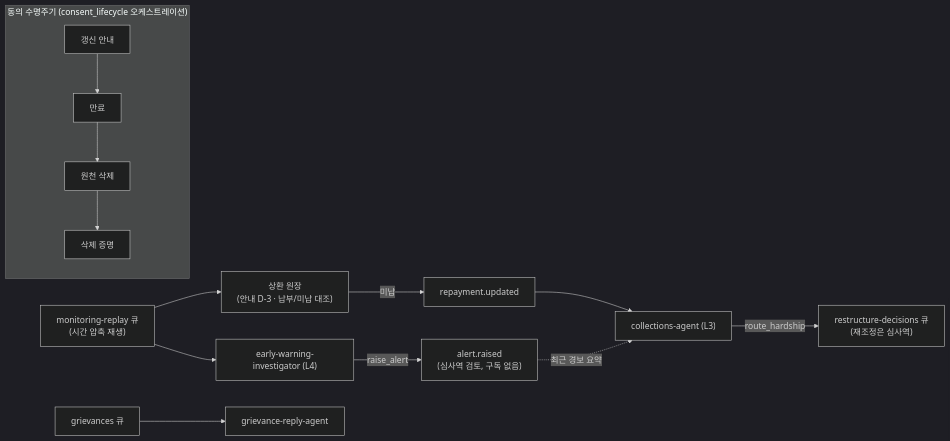
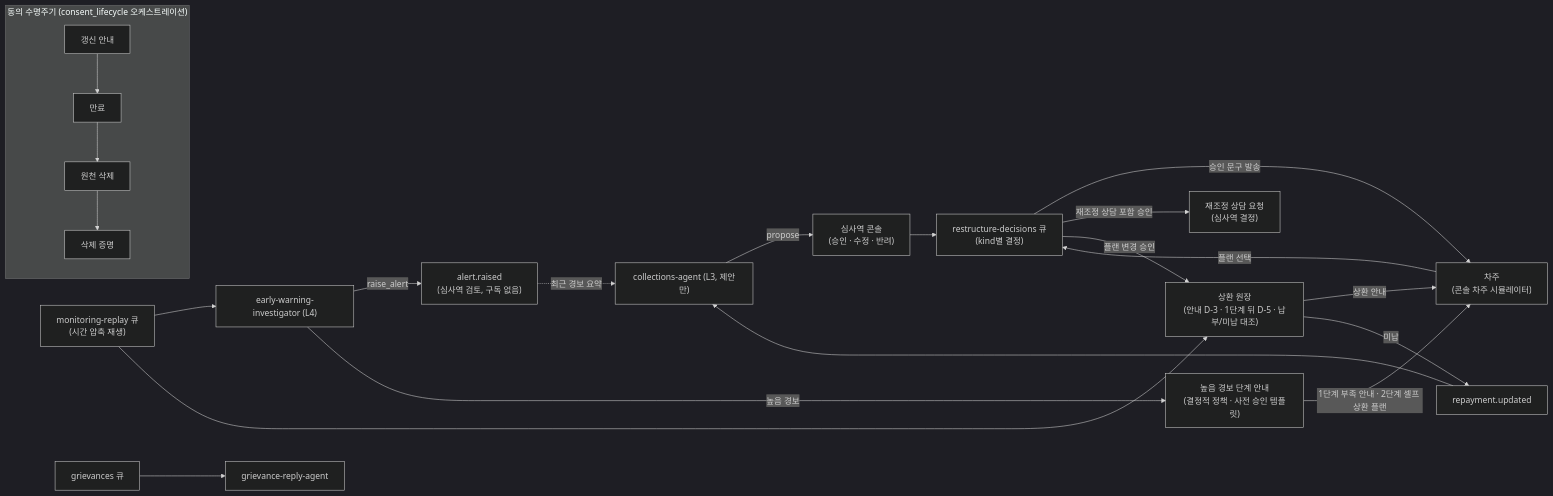
Before and after one commit to freeman9844/ms-ama-04: the fifth of 5 diagrams in docs/architecture.md, drawn with Mermaid (dark theme). The commit also changed other lines of this file and 3 other files, not shown here.

````diff
--- a/docs/architecture.md
+++ b/docs/architecture.md
@@ -191,22 +191,34 @@
 ```mermaid
 flowchart LR
   replay["monitoring-replay 큐<br/>(시간 압축 재생)"]
   ew["early-warning-investigator (L4)"]
   alert["alert.raised<br/>(심사역 검토, 구독 없음)"]
-  ledger["상환 원장<br/>(안내 D-3 · 납부/미납 대조)"]
+  stage["높음 경보 단계 안내<br/>(결정적 정책 · 사전 승인 템플릿)"]
+  borrower["차주<br/>(콘솔 차주 시뮬레이터)"]
+  ledger["상환 원장<br/>(안내 D-3 · 1단계 뒤 D-5 · 납부/미납 대조)"]
   repay["repayment.updated"]
-  col["collections-agent (L3)"]
-  hardship["restructure-decisions 큐<br/>(재조정은 심사역)"]
+  col["collections-agent (L3, 제안만)"]
+  officer["심사역 콘솔<br/>(승인 · 수정 · 반려)"]
+  decisions["restructure-decisions 큐<br/>(kind별 결정)"]
+  rs["재조정 상담 요청<br/>(심사역 결정)"]
   replay --> ew
   ew -->|raise_alert| alert
+  ew -->|높음 경보| stage
+  stage -->|1단계 부족 안내 · 2단계 셀프 상환 플랜| borrower
+  borrower -->|플랜 선택| decisions
   replay --> ledger
+  ledger -->|상환 안내| borrower
   ledger -->|미납| repay
   repay --> col
   alert -.->|최근 경보 요약| col
-  col -->|route_hardship| hardship
+  col -->|propose| officer
+  officer --> decisions
+  decisions -->|승인 문구 발송| borrower
+  decisions -->|재조정 상담 포함 승인| rs
+  decisions -->|플랜 변경 승인| ledger
 
   subgraph consent["동의 수명주기 (consent_lifecycle 오케스트레이션)"]
     renew["갱신 안내"] --> expire["만료"] --> delete["원천 삭제"] --> proof["삭제 증명"]
   end
   grv["grievances 큐"] --> reply["grievance-reply-agent"]
 ```
````
